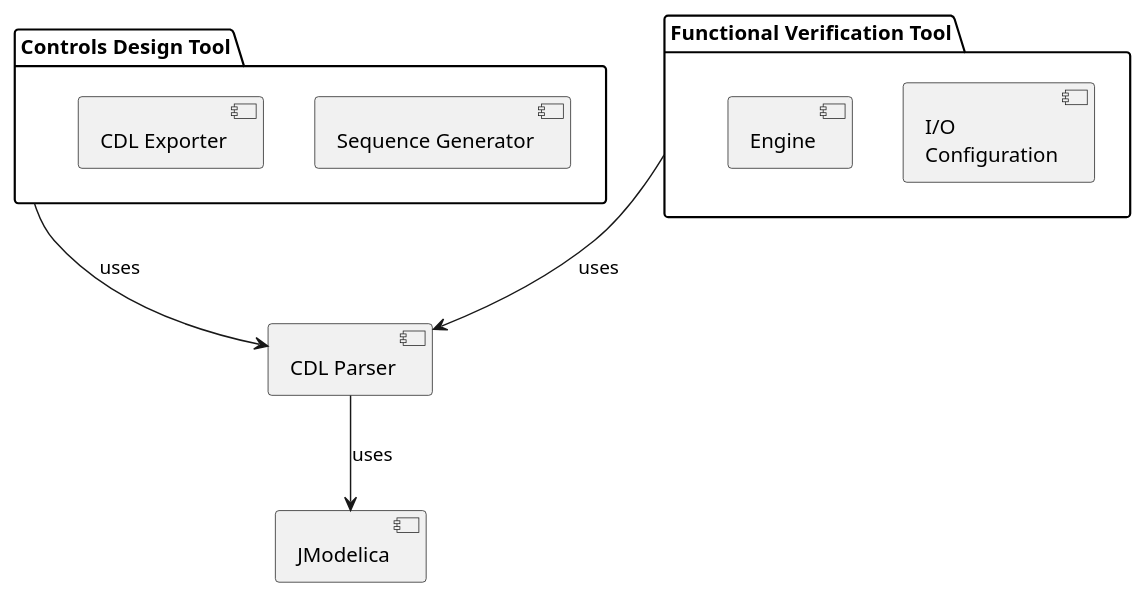
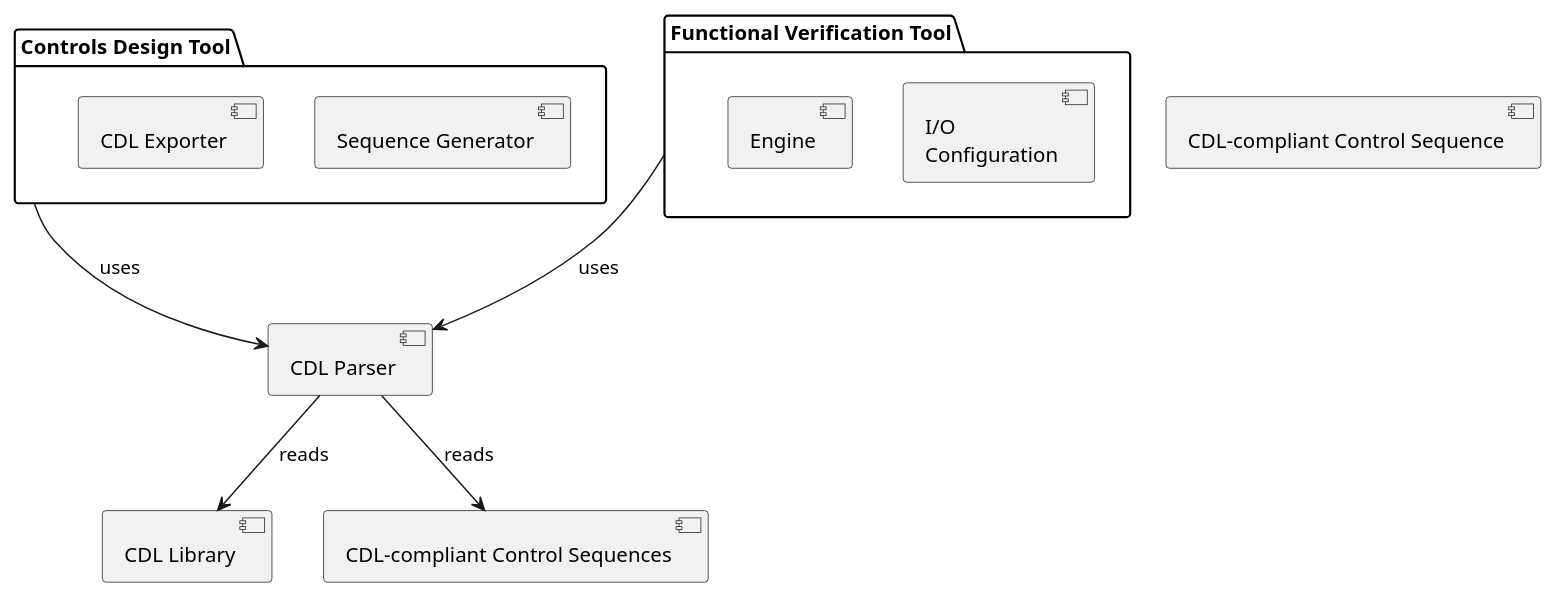
The first of 3 diagrams in specification/source/softwareArchitecture.rst (lbl-srg/obc), drawn with PlantUML before and after one commit. The commit also changed other lines of this file, not shown here.

```diff
--- a/specification/source/softwareArchitecture.rst
+++ b/specification/source/softwareArchitecture.rst
@@ -19,19 +19,21 @@
 .. uml::
    :caption: Overall software architecture.
 
    skinparam componentStyle uml2
 
      package "Controls Design Tool" as ctl_des {
        [Sequence Generator]
        [CDL Exporter]
      }
      package "Functional Verification Tool" as vt{
        [I/O\nConfiguration]
        [Engine]
      }
      [CDL Parser]
-     [JModelica]
+     [CDL-compliant Control Sequence]
+     [CDL Library]
 
    ctl_des -d-> [CDL Parser]: uses
    vt -d-> [CDL Parser]: uses
-   [CDL Parser] -d-> [JModelica]: uses
+   [CDL Parser] -d-> [CDL-compliant Control Sequences]: reads
+   [CDL Parser] -d-> [CDL Library]: reads
```
